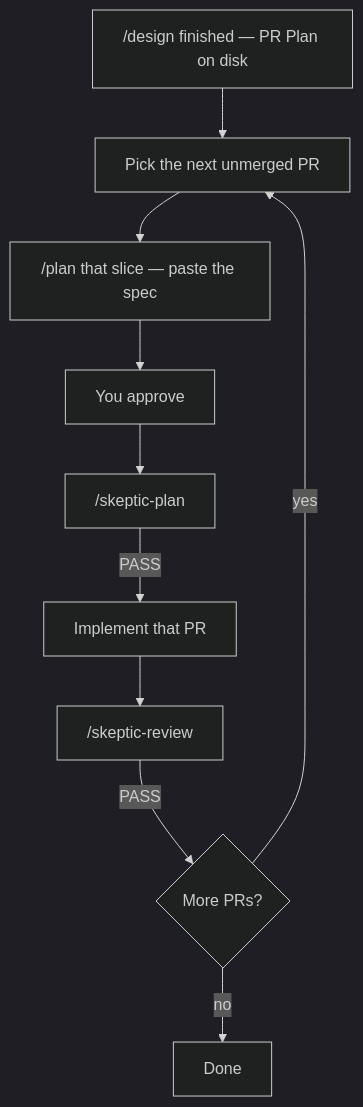
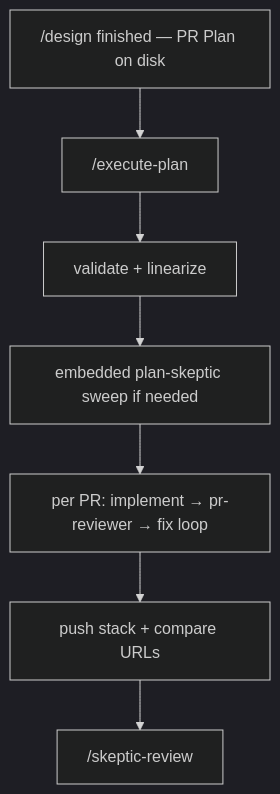
Before and after one commit to hilather/devin-skills: the third of 4 diagrams in README.md, drawn with Mermaid (dark theme). The commit also changed other lines of this file and 20 other files, not shown here.

First line of the commit message:
feat: port /execute-plan — gate-spliced PR Plan walker, pr-reviewer profile, validator + tests

````diff
--- a/README.md
+++ b/README.md
@@ -112,12 +112,9 @@
 ```mermaid
 flowchart TD
-  A["/design finished — PR Plan on disk"] --> B[Pick the next unmerged PR]
-  B --> C["/plan that slice — paste the spec"]
-  C --> D[You approve]
-  D --> E["/skeptic-plan"]
-  E -->|PASS| F[Implement that PR]
+  A["/design finished — PR Plan on disk"] --> B["/execute-plan <doc>"]
+  B --> C[validate + linearize]
+  C --> D[embedded plan-skeptic sweep if needed]
+  D --> E["per PR: implement → pr-reviewer → fix loop"]
+  E --> F["push stack + compare URLs"]
   F --> G["/skeptic-review"]
-  G -->|PASS| H{More PRs?}
-  H -->|yes| B
-  H -->|no| I[Done]
 ```
````
